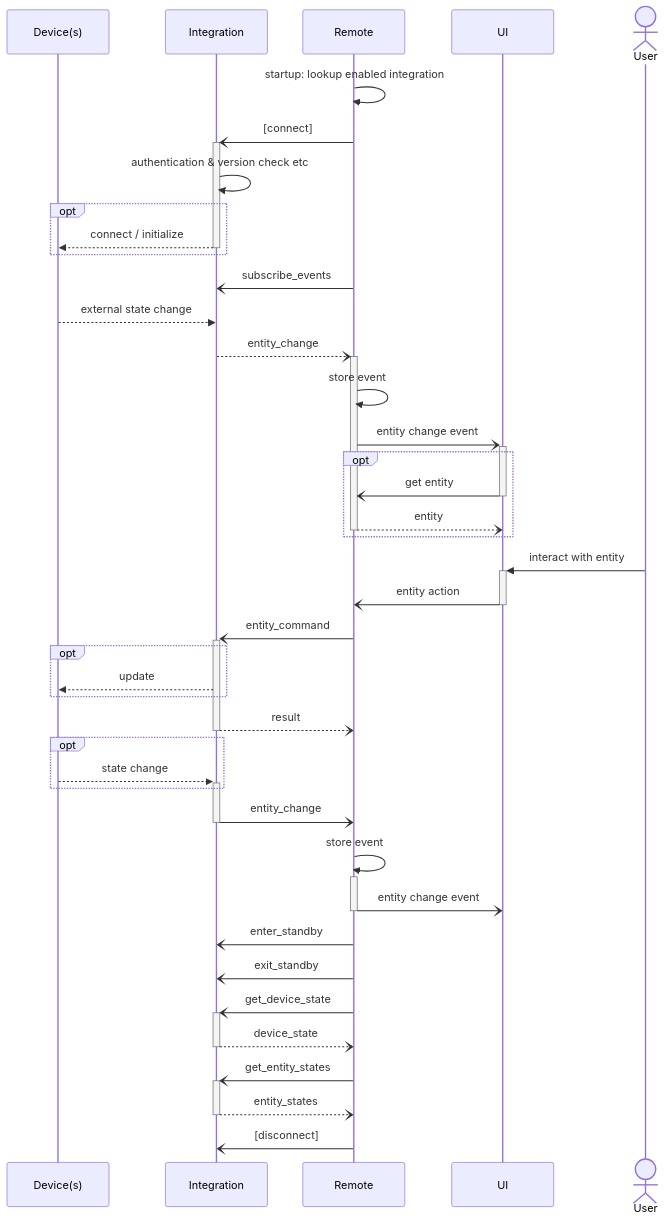
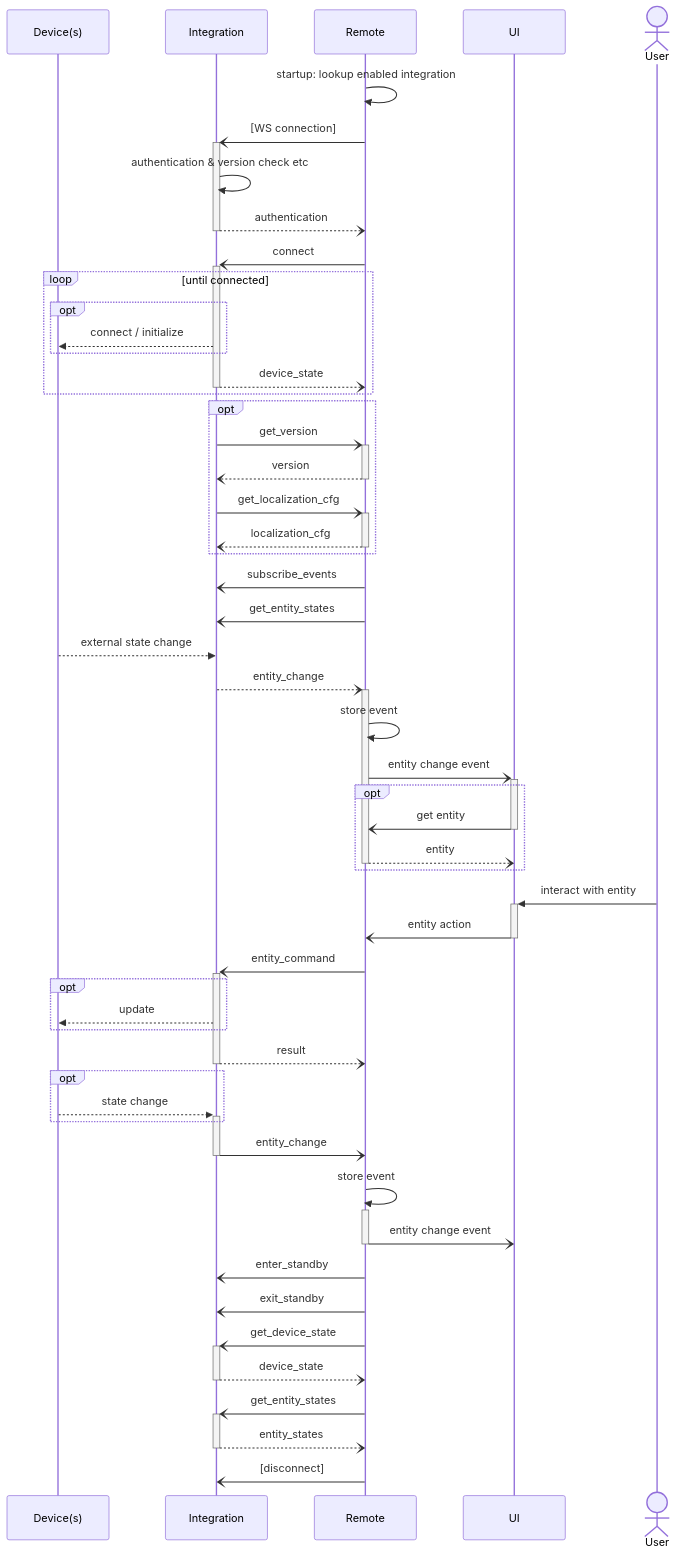
One commit to unfoldedcircle/core-api changed the second of 2 diagrams in doc/integration-driver/write-integration-driver.md. Above: the diagram before and after it, drawn with Mermaid. The commit also changed other lines of this file, not shown here.

Commit message:
docs: improve intg driver sequence diagrams
Clarify connection sequence with authentication and get_entity_states
messages.

````diff
--- a/doc/integration-driver/write-integration-driver.md
+++ b/doc/integration-driver/write-integration-driver.md
@@ -299,50 +290,67 @@
 ```mermaid
 sequenceDiagram
     participant D as Device(s)
     participant I as Integration
     participant R as Remote
     participant U as UI
     actor User
 
     R->>R:  startup: lookup enabled integration
 
-    R-)+I:  [connect] 
+    R-)+I:  [WS connection] 
     I->>I:  authentication & version check etc
-    opt
-        I-->>-D:  connect / initialize
+    I--)-R:  authentication
+
+    R-)+I:  connect
+    loop until connected
+      opt
+          I-->>D:  connect / initialize
+      end
+      I--)-R:  device_state
     end
 
+    opt
+        I-)+R:  get_version
+        R--)-I: version
+
+        I-)+R:  get_localization_cfg
+        R--)-I: localization_cfg
+    end
+    
+
     R-)I:   subscribe_events
+
+    R-)I:   get_entity_states
 
     D-->>I:  external state change
     I--)+R:  entity_change 
     R->>R:   store event
     R-)+U:   entity change event
     opt
         U-)-R:   get entity
         R--)-U:  entity
     end
 
     User->>+U: interact with entity
     U-)-R:     entity action
     R-)+I:     entity_command
     opt
         I-->>D:  update
     end
     I--)-R:    result
 
     opt
         D-->>+I:  state change
     end
     I-)-R:   entity_change
     R->>+R:  store event
     R-)-U:   entity change event
 
     R-)I:    enter_standby
     R-)I:    exit_standby
     R-)+I:   get_device_state
     I--)-R:  device_state
     R-)+I:   get_entity_states
     I--)-R:  entity_states
     R-)I:    [disconnect]
 ```
````
